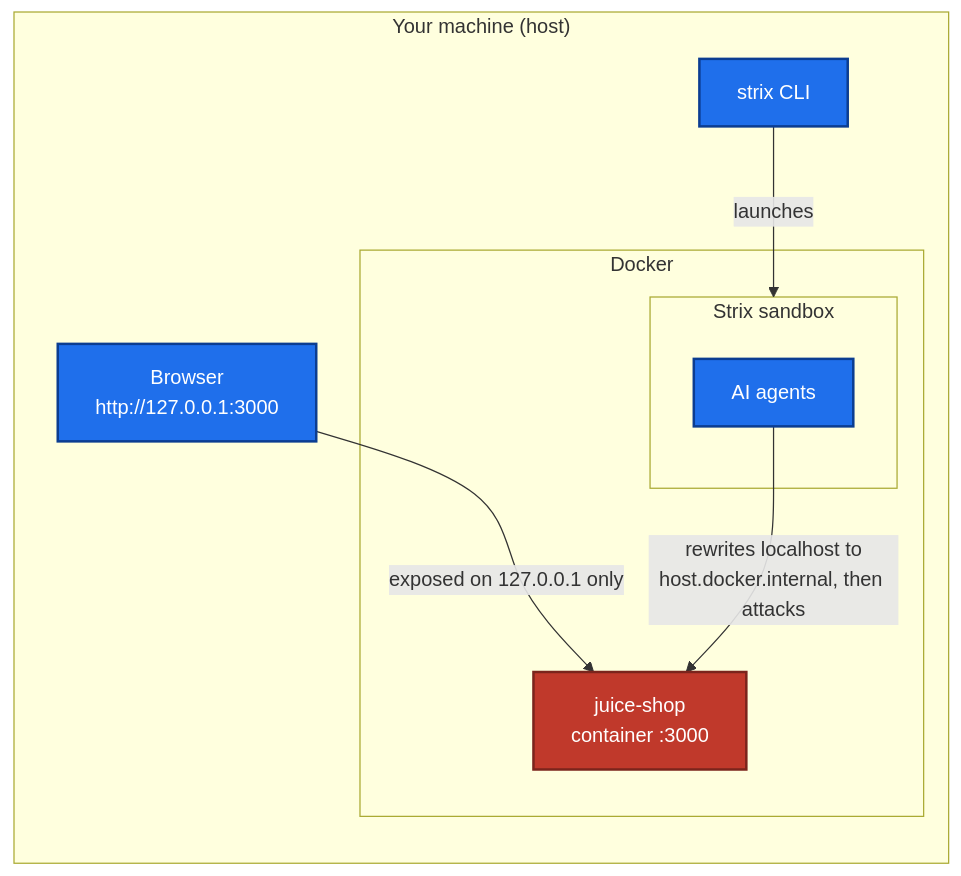
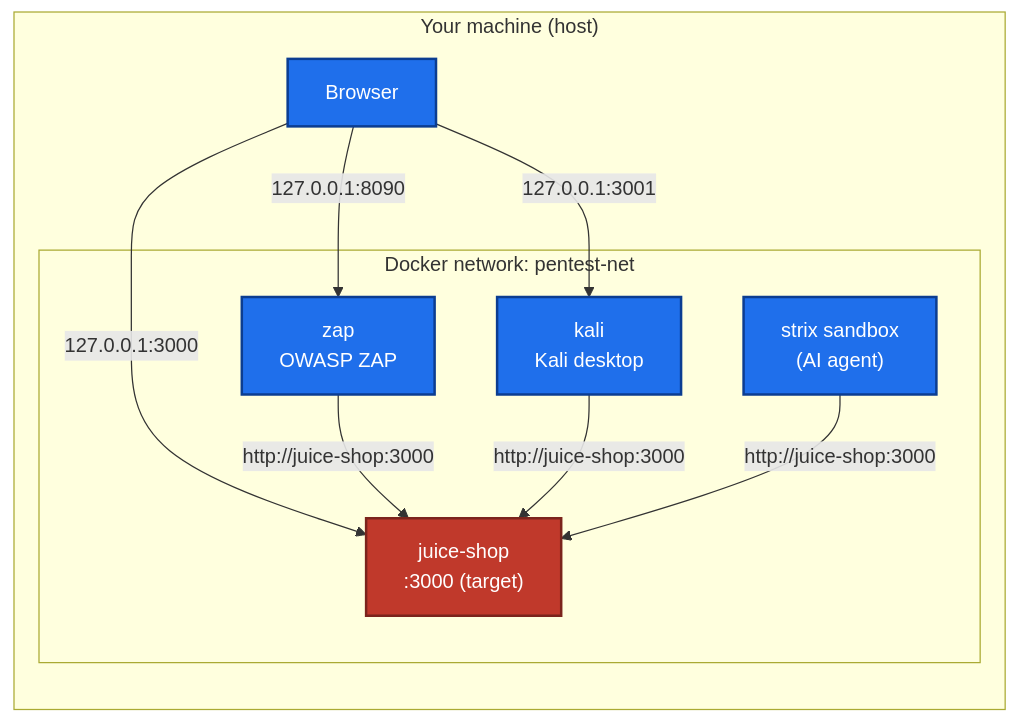
Before and after one commit to Cosmo2357/strix-juiceshop-local: the diagram in README.md, drawn with Mermaid. The commit also changed other lines of this file and 3 other files, not shown here.

First line of the commit message:
Expand lab: add ZAP + Kali profiles, screenshots, OSINT section

````diff
--- a/README.md
+++ b/README.md
@@ -10,23 +14,26 @@
 ```mermaid
 flowchart LR
     subgraph host["Your machine (host)"]
-        browser["Browser<br/>http://127.0.0.1:3000"]
-        cli["strix CLI"]
+        browser["Browser"]
 
-        subgraph docker["Docker"]
-            juice["juice-shop<br/>container :3000"]
-            subgraph sandbox["Strix sandbox"]
-                agent["AI agents"]
-            end
+        subgraph net["Docker network: pentest-net"]
+            juice["juice-shop<br/>:3000 (target)"]
+            zap["zap<br/>OWASP ZAP"]
+            kali["kali<br/>Kali desktop"]
+            strix["strix sandbox<br/>(AI agent)"]
         end
     end
 
-    browser -->|"exposed on 127.0.0.1 only"| juice
-    cli -->|launches| sandbox
-    agent -->|"rewrites localhost to<br/>host.docker.internal, then attacks"| juice
+    browser -->|"127.0.0.1:3000"| juice
+    browser -->|"127.0.0.1:8090"| zap
+    browser -->|"127.0.0.1:3001"| kali
+
+    zap -->|"http://juice-shop:3000"| juice
+    kali -->|"http://juice-shop:3000"| juice
+    strix -->|"http://juice-shop:3000"| juice
 
     classDef target fill:#c0392b,stroke:#7b241c,stroke-width:2px,color:#ffffff;
     classDef tool fill:#1f6feb,stroke:#0b3d91,stroke-width:2px,color:#ffffff;
     class juice target;
-    class agent,cli,browser tool;
+    class zap,kali,strix,browser tool;
 ```
````
